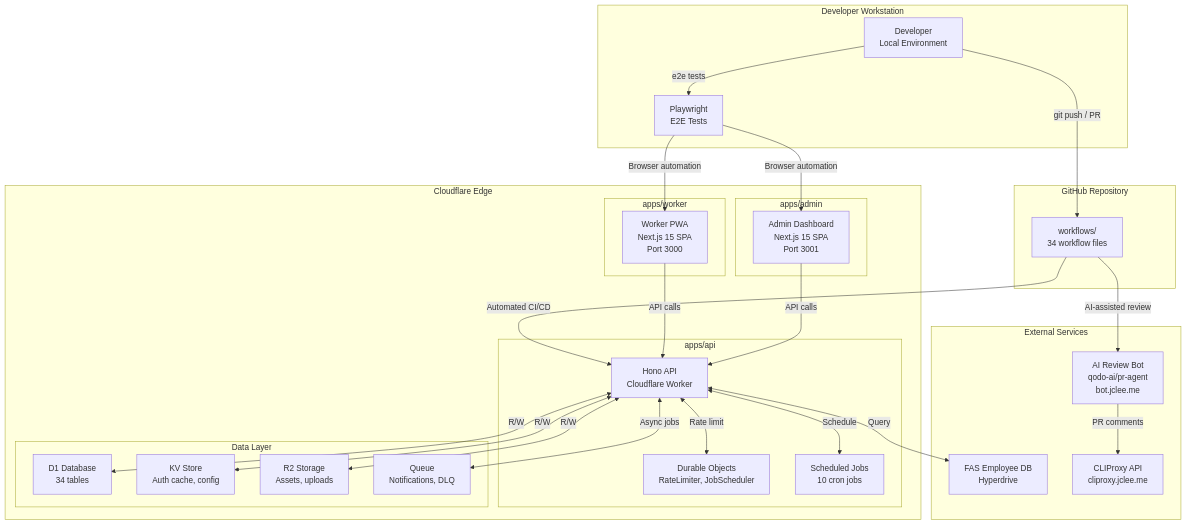
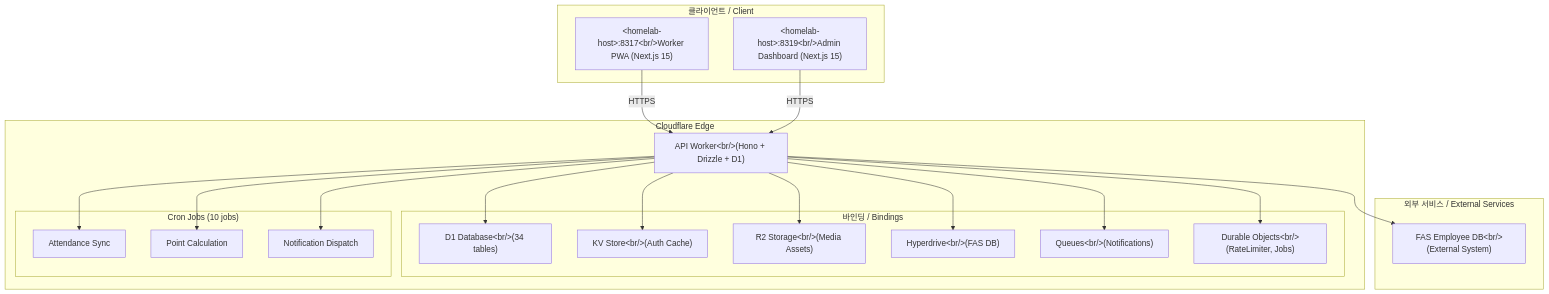
One commit to jclee941/safetywallet changed the diagram in README.md. Above: the diagram before and after it, drawn with Mermaid. The commit also changed other lines of this file, not shown here.

````diff
--- a/README.md
+++ b/README.md
@@ -65,60 +85,43 @@
 ```mermaid
-flowchart TB
-    subgraph "GitHub Repository"
-        WS["workflows/\n34 workflow files"]
+ flowchart TB
+    subgraph Client["클라이언트 / Client"]
+        WorkerPWA["&lt;homelab-host&gt;:8317&lt;br/&gt;Worker PWA (Next.js 15)"]
+        AdminDashboard["&lt;homelab-host&gt;:8319&lt;br/&gt;Admin Dashboard (Next.js 15)"]
     end
 
-    subgraph "Developer Workstation"
-        DEV["Developer\nLocal Environment"]
-        TEST["Playwright\nE2E Tests"]
-    end
-
-    subgraph "Cloudflare Edge"
-        subgraph "apps/api"
-            API["Hono API\nCloudflare Worker"]
-            DO["Durable Objects\nRateLimiter, JobScheduler"]
-            CRON["Scheduled Jobs\n10 cron jobs"]
+    subgraph Cloudflare["Cloudflare Edge"]
+        API["API Worker&lt;br/&gt;(Hono + Drizzle + D1)"]
+        
+        subgraph Bindings["바인딩 / Bindings"]
+            D1["D1 Database&lt;br/&gt;(34 tables)"]
+            KV["KV Store&lt;br/&gt;(Auth Cache)"]
+            R2["R2 Storage&lt;br/&gt;(Media Assets)"]
+            Hyperdrive["Hyperdrive&lt;br/&gt;(FAS DB)"]
+            Queues["Queues&lt;br/&gt;(Notifications)"]
+            DurableObjects["Durable Objects&lt;br/&gt;(RateLimiter, Jobs)"]
         end
 
-        subgraph "Data Layer"
-            D1["D1 Database\n34 tables"]
-            KV["KV Store\nAuth cache, config"]
-            R2["R2 Storage\nAssets, uploads"]
-            QUEUE["Queue\nNotifications, DLQ"]
-        end
-
-        subgraph "apps/worker"
-            WORKER_PWA["Worker PWA\nNext.js 15 SPA\nPort 3000"]
-        end
-
-        subgraph "apps/admin"
-            ADMIN_DASH["Admin Dashboard\nNext.js 15 SPA\nPort 3001"]
+        subgraph ScheduledJobs["Cron Jobs (10 jobs)"]
+            Cron1["Attendance Sync"]
+            Cron2["Point Calculation"]
+            Cron3["Notification Dispatch"]
         end
     end
 
-    subgraph "External Services"
-        FAS["FAS Employee DB\nHyperdrive"]
-        BOT["AI Review Bot\nqodo-ai/pr-agent\nbot.jclee.me"]
-        PROXY["CLIProxy API\ncliproxy.jclee.me"]
+    subgraph External["외부 서비스 / External Services"]
+        FAS["FAS Employee DB&lt;br/&gt;(External System)"]
     end
 
-    DEV -->|"git push / PR"| WS
-    WS -->|"Automated CI/CD"| API
-    WS -->|"AI-assisted review"| BOT
-    BOT -->|"PR comments"| PROXY
-
-    API <-->|"R/W"| D1
-    API <-->|"R/W"| KV
-    API <-->|"R/W"| R2
-    API <-->|"Query"| FAS
-    API <-->|"Async jobs"| QUEUE
-    API <-->|"Rate limit"| DO
-    API <-->|"Schedule"| CRON
-
-    WORKER_PWA -->|"API calls"| API
-    ADMIN_DASH -->|"API calls"| API
-
-    DEV -->|"e2e tests"| TEST
-    TEST -->|"Browser automation"| WORKER_PWA
-    TEST -->|"Browser automation"| ADMIN_DASH
+    WorkerPWA -->|"HTTPS"| API
+    AdminDashboard -->|"HTTPS"| API
+    API --> D1
+    API --> KV
+    API --> R2
+    API --> Hyperdrive
+    API --> Queues
+    API --> DurableObjects
+    API --> FAS
+    API --> Cron1
+    API --> Cron2
+    API --> Cron3
 ```
````
